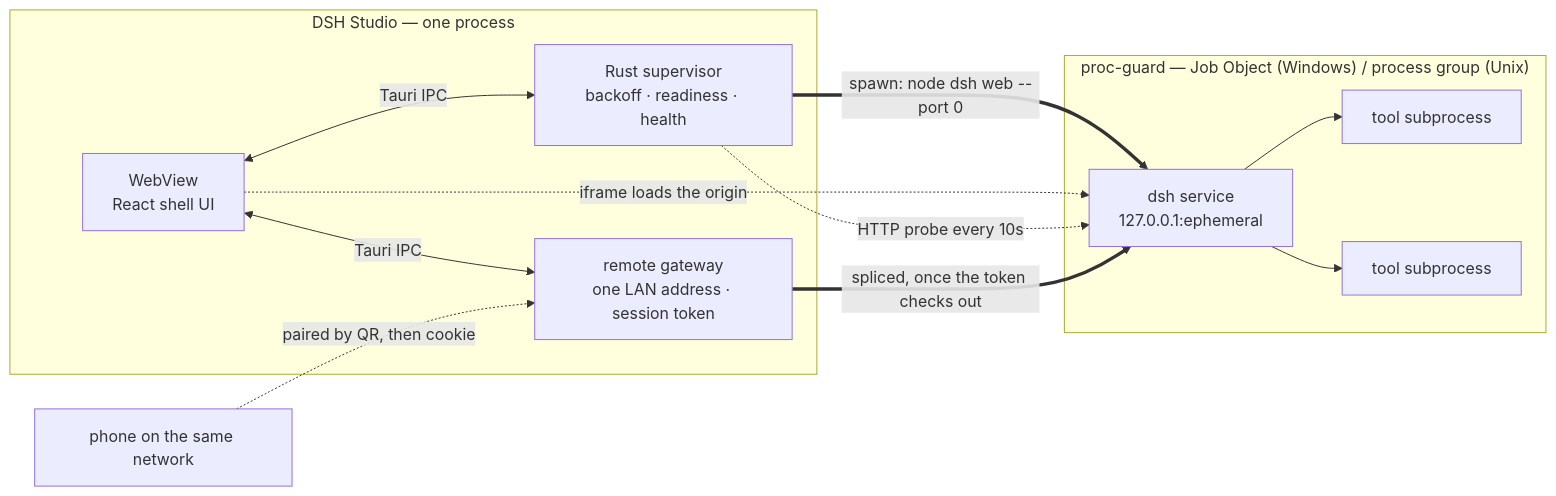
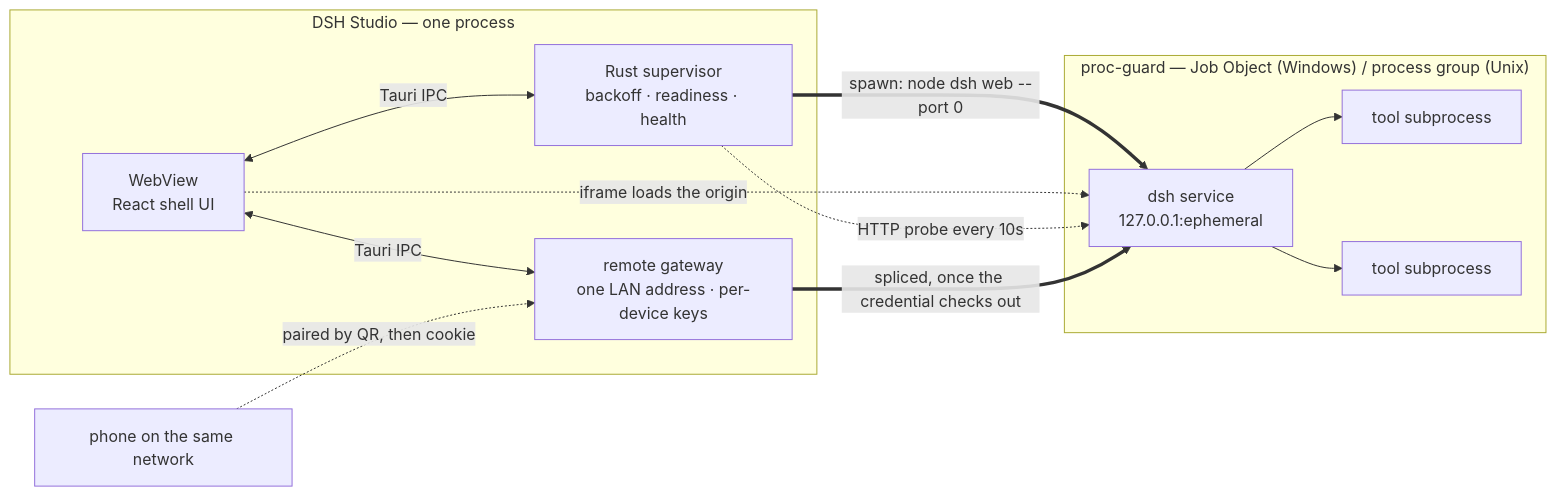
Before and after one commit to Moresyl/dsh-studio: the diagram in README.md, drawn with Mermaid. The commit also changed other lines of this file and 13 other files, not shown here.

````diff
--- a/README.md
+++ b/README.md
@@ -99,27 +101,27 @@
 ```mermaid
 flowchart LR
   phone["phone on the same network"]
 
   subgraph app["DSH Studio — one process"]
     ui["WebView<br/>React shell UI"]
     sup["Rust supervisor<br/>backoff · readiness · health"]
-    gw["remote gateway<br/>one LAN address · session token"]
+    gw["remote gateway<br/>one LAN address · per-device keys"]
     ui <-->|Tauri IPC| sup
     ui <-->|Tauri IPC| gw
   end
 
   sup ==>|"spawn: node dsh web --port 0"| dsh
 
   subgraph guard["proc-guard — Job Object (Windows) / process group (Unix)"]
     dsh["dsh service<br/>127.0.0.1:ephemeral"]
     t1["tool subprocess"]
     t2["tool subprocess"]
     dsh --> t1
     dsh --> t2
   end
 
   ui -.->|iframe loads the origin| dsh
   sup -.->|"HTTP probe every 10s"| dsh
   phone -.->|"paired by QR, then cookie"| gw
-  gw ==>|"spliced, once the token checks out"| dsh
+  gw ==>|"spliced, once the credential checks out"| dsh
 ```
````
